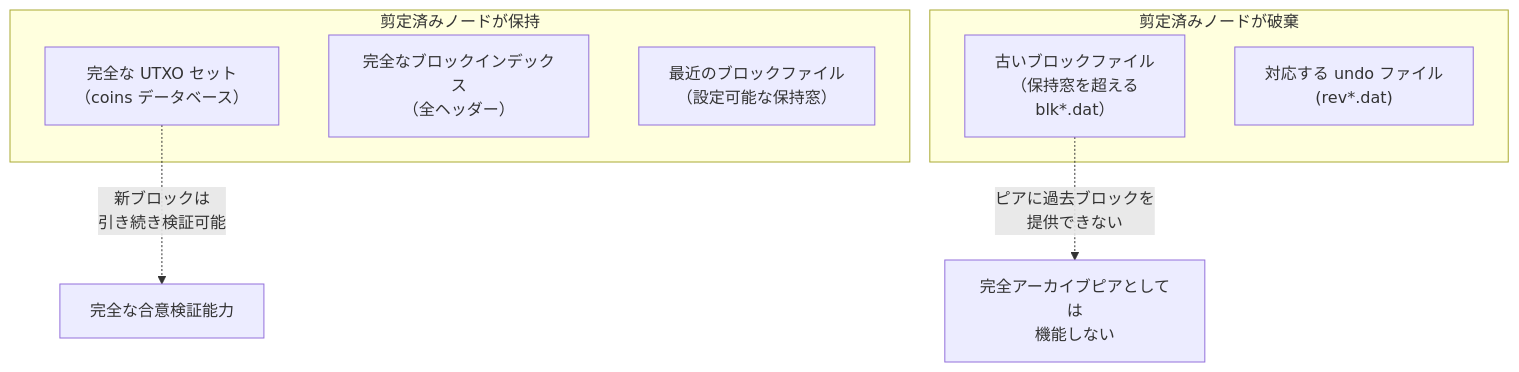
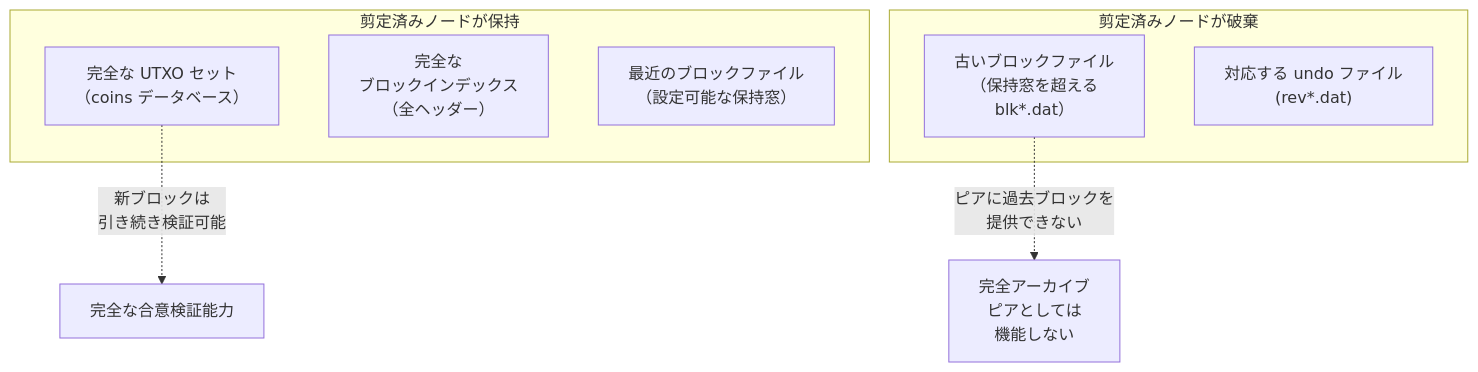
Before and after one commit to cypher256/BitcoinArchive: the sixth of 7 diagrams in src/data/translations/ja/design/2009-01-03-bitcoin-storage-design.md, drawn with Mermaid. The commit also changed other lines of this file and 11 other files, not shown here.

First line of the commit message:
JA Mermaid labels: wrap long CJK labels (mermaid-ja-wrap, 12 design docs)

````diff
--- a/src/data/translations/ja/design/2009-01-03-bitcoin-storage-design.md
+++ b/src/data/translations/ja/design/2009-01-03-bitcoin-storage-design.md
@@ -233,16 +233,16 @@
 ```mermaid
 flowchart TB
     subgraph KEPT["剪定済みノードが保持"]
         UTXO["完全な UTXO セット<br/>（coins データベース）"]
-        IDX["完全なブロックインデックス<br/>（全ヘッダー）"]
+        IDX["完全な<br/>ブロックインデックス<br/>（全ヘッダー）"]
         RECENT["最近のブロックファイル<br/>（設定可能な保持窓）"]
     end
 
     subgraph DISCARDED["剪定済みノードが破棄"]
         OLD["古いブロックファイル<br/>（保持窓を超える<br/>blk*.dat）"]
         OLD_UNDO["対応する undo ファイル<br/>(rev*.dat)"]
     end
 
     UTXO -. "新ブロックは<br/>引き続き検証可能" .-> VALID["完全な合意検証能力"]
-    OLD -. "ピアに過去ブロックを<br/>提供できない" .-> LIMIT["完全アーカイブピアとしては<br/>機能しない"]
+    OLD -. "ピアに過去ブロックを<br/>提供できない" .-> LIMIT["完全アーカイブ<br/>ピアとしては<br/>機能しない"]
 ```
````
